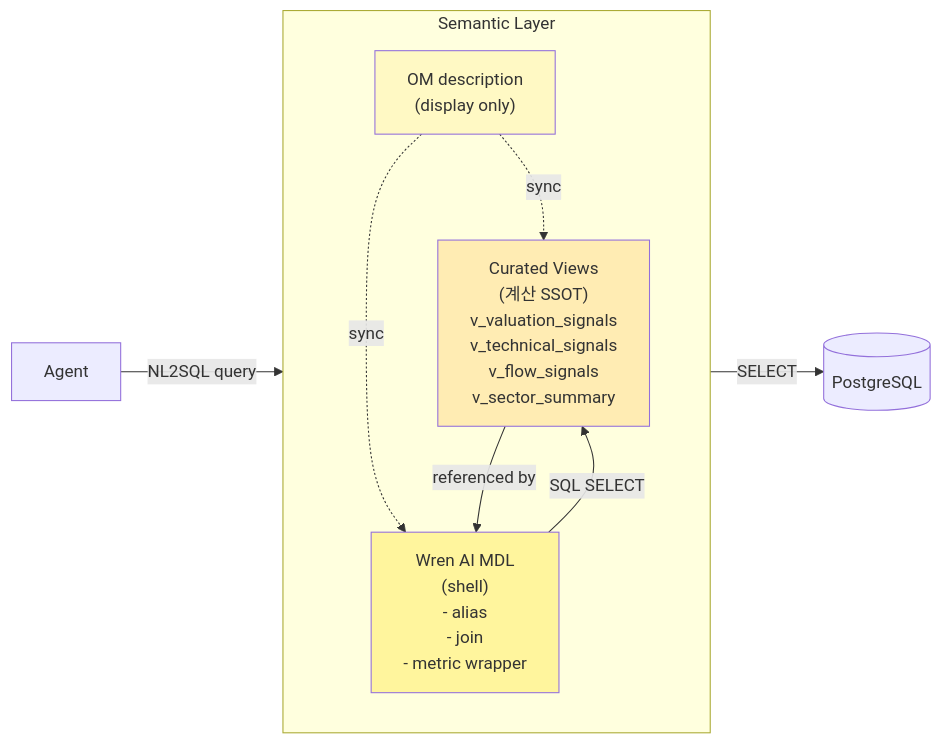
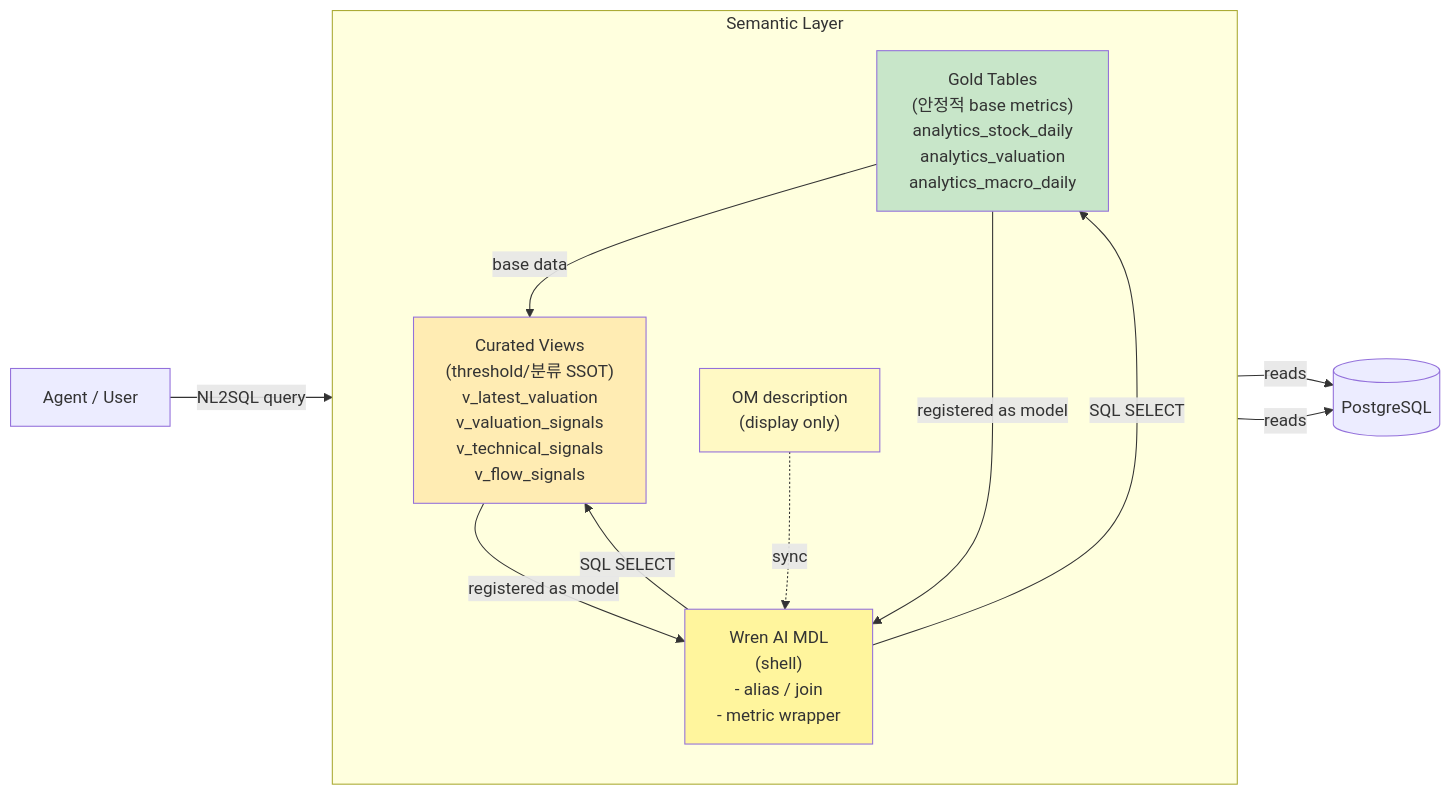
One commit to izzyLim/BIP-Pipeline changed the third of 8 diagrams in docs/nl2sql_architecture_v2.md. Above: the diagram before and after it, drawn with Mermaid. The commit also changed other lines of this file and 2 other files, not shown here.

First line of the commit message:
feat: Curated Views 생성 + Wren AI 모델링 가이드 보강

````diff
--- a/docs/nl2sql_architecture_v2.md
+++ b/docs/nl2sql_architecture_v2.md
@@ -254,21 +309,26 @@
 ```mermaid
 graph LR
     subgraph Semantic["Semantic Layer"]
         direction TB
-        V["Curated Views<br/>(계산 SSOT)<br/>v_valuation_signals<br/>v_technical_signals<br/>v_flow_signals<br/>v_sector_summary"]
-        M["Wren AI MDL<br/>(shell)<br/>- alias<br/>- join<br/>- metric wrapper"]
+        G["Gold Tables<br/>(안정적 base metrics)<br/>analytics_stock_daily<br/>analytics_valuation<br/>analytics_macro_daily"]
+        V["Curated Views<br/>(threshold/분류 SSOT)<br/>v_latest_valuation<br/>v_valuation_signals<br/>v_technical_signals<br/>v_flow_signals"]
+        M["Wren AI MDL<br/>(shell)<br/>- alias / join<br/>- metric wrapper"]
         O["OM description<br/>(display only)"]
 
-        V -->|referenced by| M
+        G -->|base data| V
+        V -->|registered as model| M
+        G -->|registered as model| M
         O -.sync.-> M
-        O -.sync.-> V
     end
 
-    A[Agent] -->|NL2SQL query| M
+    A[Agent / User] -->|NL2SQL query| M
     M -->|SQL SELECT| V
-    V -->|SELECT| DB[(PostgreSQL)]
+    M -->|SQL SELECT| G
+    V -->|reads| DB[(PostgreSQL)]
+    G -->|reads| DB
 
+    style G fill:#c8e6c9
     style V fill:#ffecb3
     style M fill:#fff59d
     style O fill:#fff9c4
 ```
````
